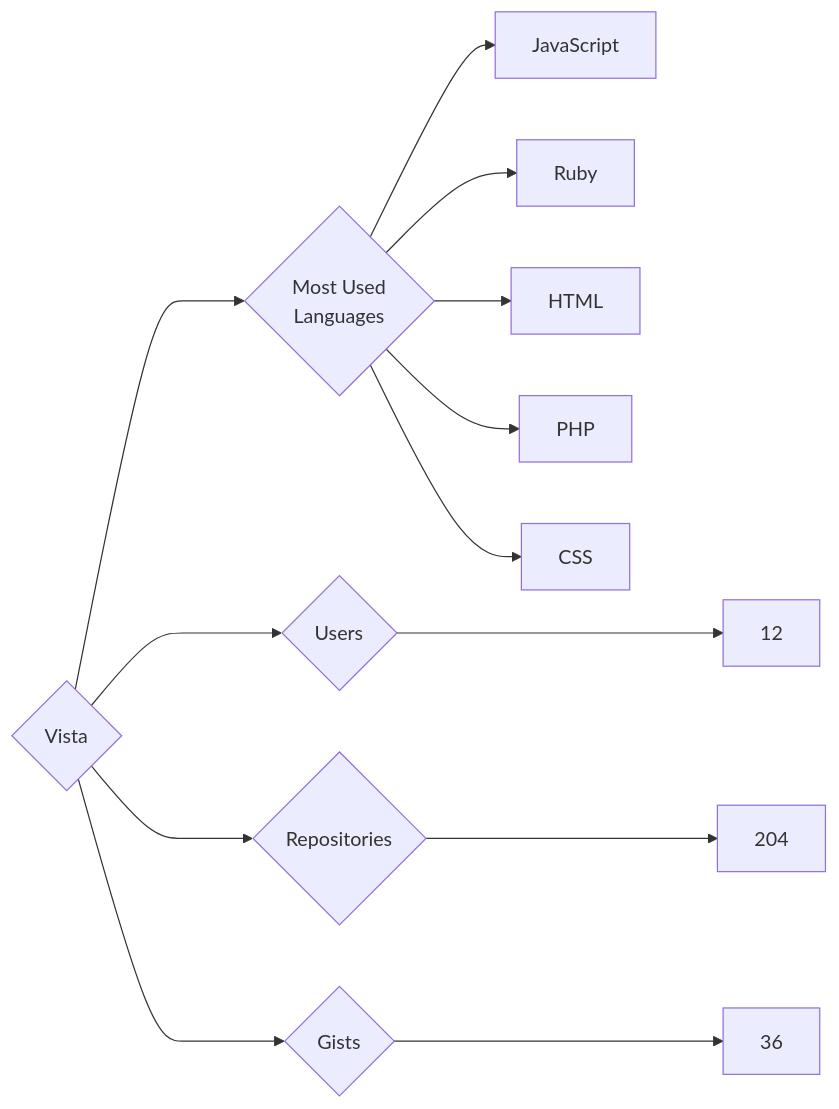
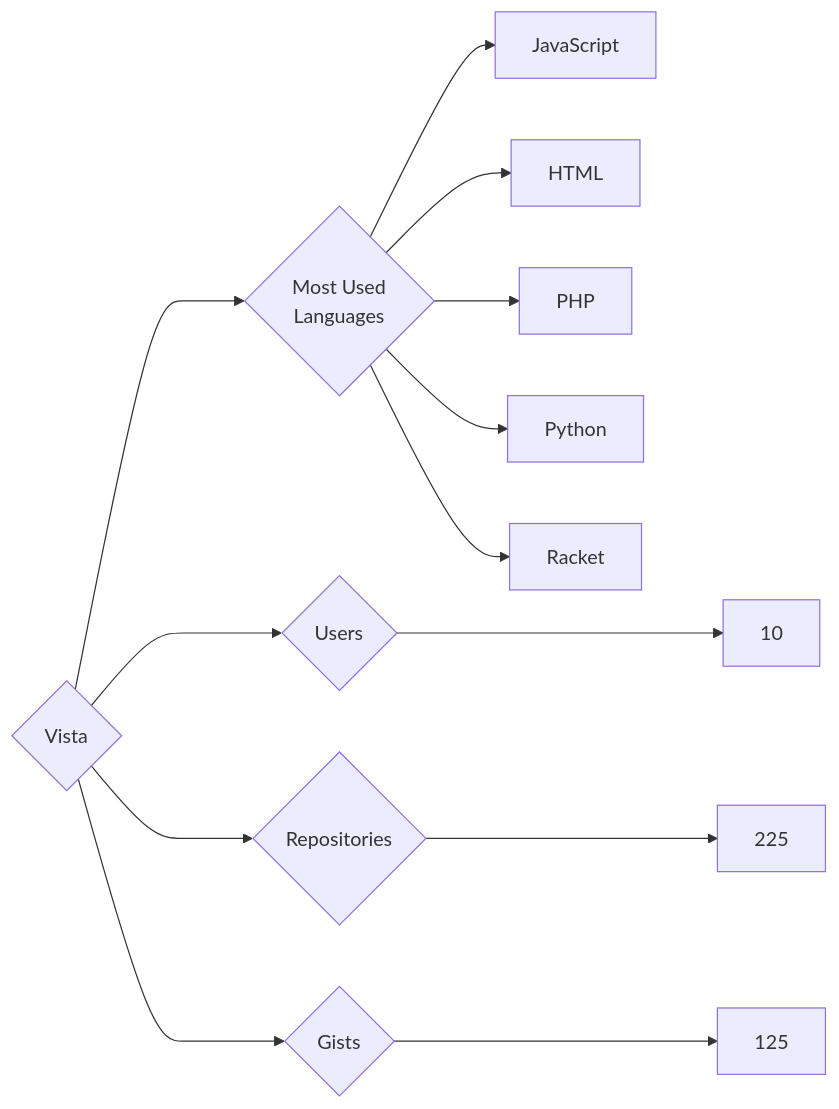
Before and after one commit to trickest/insiders: the diagram in targets/Vista/README.md, drawn with Mermaid. The commit also changed 928 other files, not shown here.

````diff
--- a/targets/Vista/README.md
+++ b/targets/Vista/README.md
@@ -3,13 +3,13 @@
 ```mermaid
 graph LR
 COMPANY_NAME{Vista}
-COMPANY_NAME ---> U{Users} ---> UN[12]
-COMPANY_NAME ---> R{Repositories} ---> RN[204]
-COMPANY_NAME ---> G{Gists} ---> GN[36]
+COMPANY_NAME ---> U{Users} ---> UN[10]
+COMPANY_NAME ---> R{Repositories} ---> RN[225]
+COMPANY_NAME ---> G{Gists} ---> GN[125]
 COMPANY_NAME ---> ML{Most Used<br>Languages}
 ML --> JavaScript[JavaScript]
-ML --> Ruby[Ruby]
 ML --> HTML[HTML]
 ML --> PHP[PHP]
-ML --> CSS[CSS]
+ML --> Python[Python]
+ML --> Racket[Racket]
 ```
````
